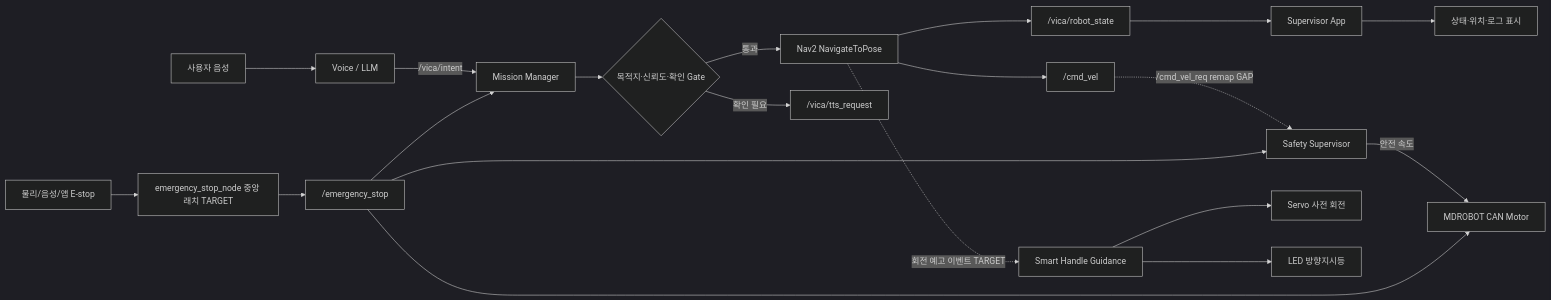
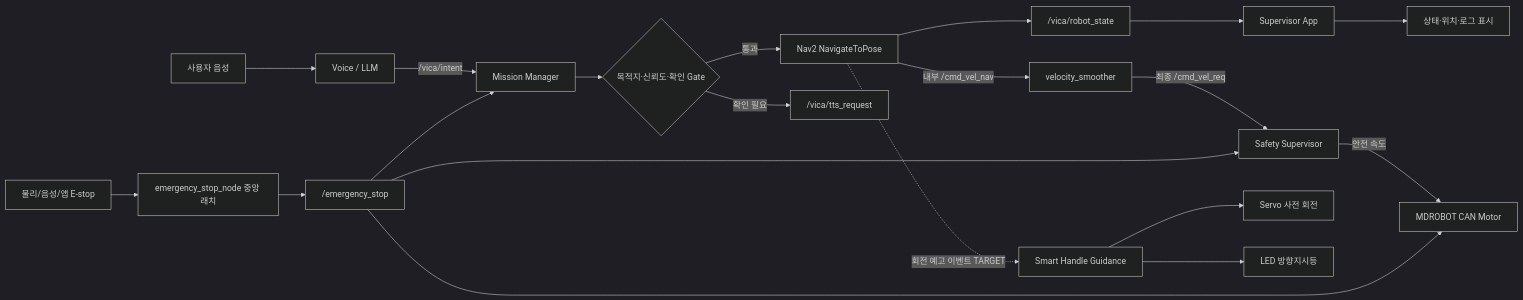
One commit to VICA-smarthandle/VICA-team-workspace changed the second of 6 diagrams in guideline/bt와 visual hierarchy of your folders and files.md. Above: the diagram before and after it, drawn with Mermaid (dark theme). The commit also changed other lines of this file and 10 other files, not shown here.

Commit message:
docs(workspace): sync safety mission and destination architecture

````diff
--- a/guideline/bt와 visual hierarchy of your folders and files.md
+++ b/guideline/bt와 visual hierarchy of your folders and files.md
@@ -70,24 +70,24 @@
 ```mermaid
 flowchart LR
     U[사용자 음성] --> V[Voice / LLM]
     V -->|/vica/intent| M[Mission Manager]
     M --> G{목적지·신뢰도·확인 Gate}
     G -- 통과 --> N[Nav2 NavigateToPose]
     G -- 확인 필요 --> T["/vica/tts_request"]
-    N --> C["/cmd_vel"]
-    C -. /cmd_vel_req remap GAP .-> S[Safety Supervisor]
+    N -->|내부 /cmd_vel_nav| C[velocity_smoother]
+    C -->|최종 /cmd_vel_req| S[Safety Supervisor]
     S -->|안전 속도| D[MDROBOT CAN Motor]
     N --> R["/vica/robot_state"]
     R --> A[Supervisor App]
     A --> L[상태·위치·로그 표시]
 
-    E[물리/음성/앱 E-stop] --> EN[emergency_stop_node 중앙 래치 TARGET]
+    E[물리/음성/앱 E-stop] --> EN[emergency_stop_node 중앙 래치]
     EN --> X["/emergency_stop"]
     X --> M
     X --> S
     X --> D
 
     N -. 회전 예고 이벤트 TARGET .-> H[Smart Handle Guidance]
     H --> SV[Servo 사전 회전]
     H --> LED[LED 방향지시등]
 ```
````
